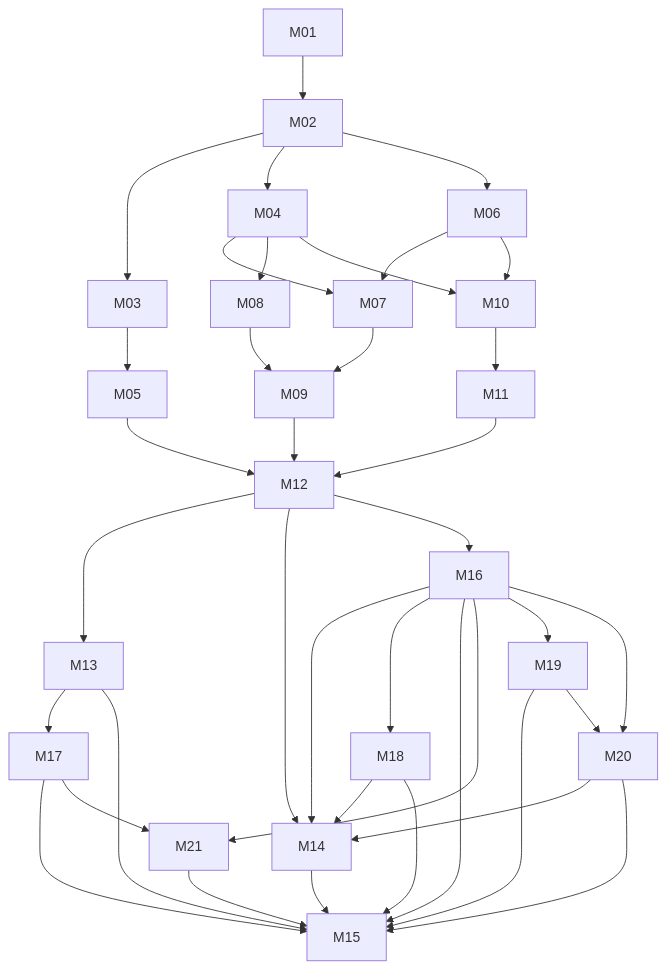
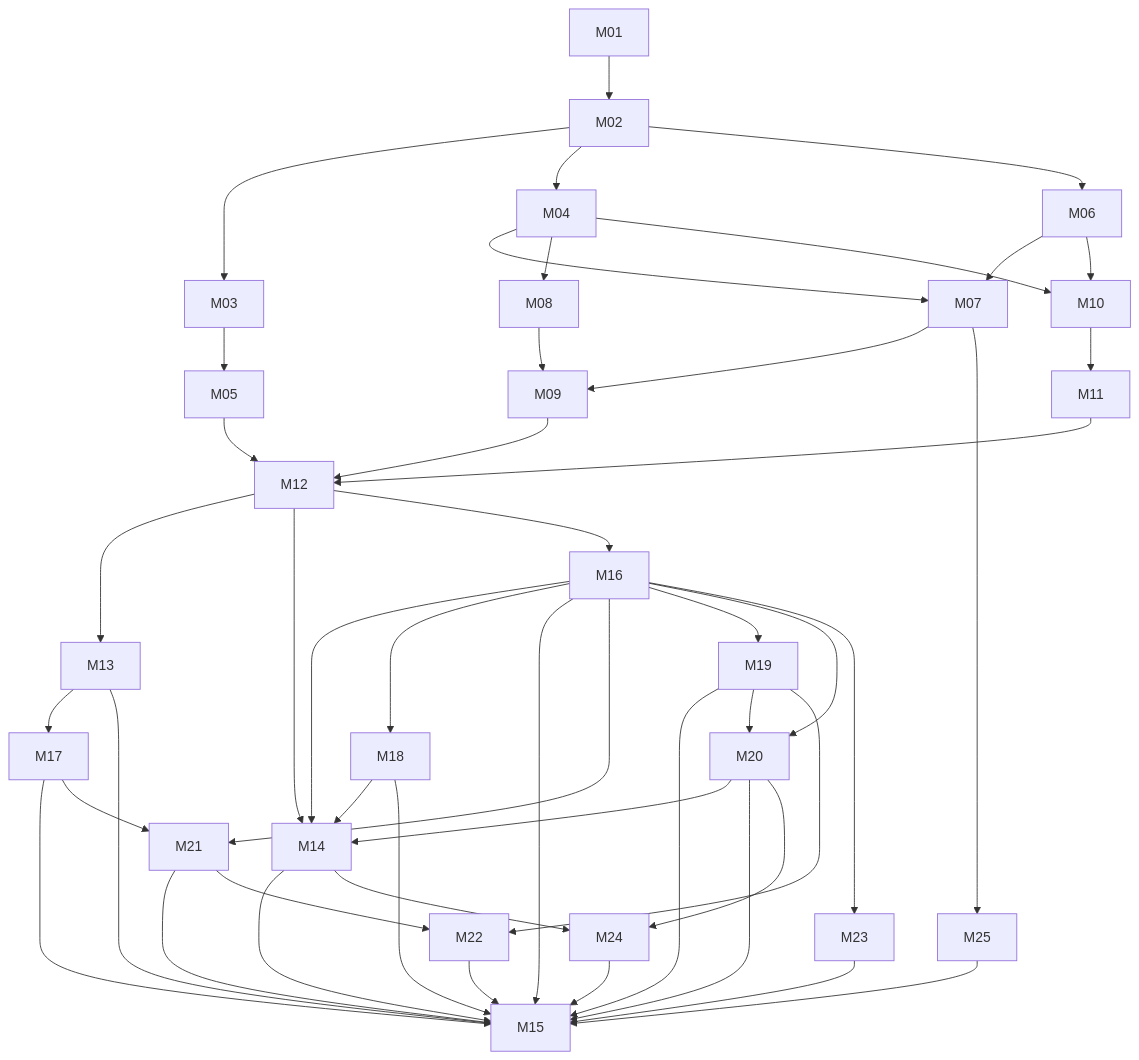
Before and after one commit to KomplexMojo/NordicAim: the diagram in docs/milestones/README.md, drawn with Mermaid. The commit also changed other lines of this file and 5 other files, not shown here.

````diff
--- a/docs/milestones/README.md
+++ b/docs/milestones/README.md
@@ -37,39 +41,49 @@
 ```mermaid
 flowchart TD
   M01 --> M02
   M02 --> M03 --> M05
   M02 --> M04
   M02 --> M06
   M04 --> M07
   M06 --> M07
   M04 --> M08
   M07 --> M09
   M08 --> M09
   M04 --> M10
   M06 --> M10
   M10 --> M11
   M05 --> M12
   M09 --> M12
   M11 --> M12
   M12 --> M13
   M12 --> M14
   M12 --> M16
   M13 --> M17
   M16 --> M14
   M16 --> M18
   M18 --> M14
   M18 --> M15
   M13 --> M15
   M14 --> M15
   M16 --> M15
   M17 --> M15
   M16 --> M21
   M17 --> M21
   M21 --> M15
   M16 --> M19
   M19 --> M15
   M16 --> M20
   M19 --> M20
   M20 --> M14
   M20 --> M15
+  M19 --> M22
+  M21 --> M22
+  M16 --> M23
+  M14 --> M24
+  M20 --> M24
+  M07 --> M25
+  M22 --> M15
+  M23 --> M15
+  M24 --> M15
+  M25 --> M15
 ```
````
